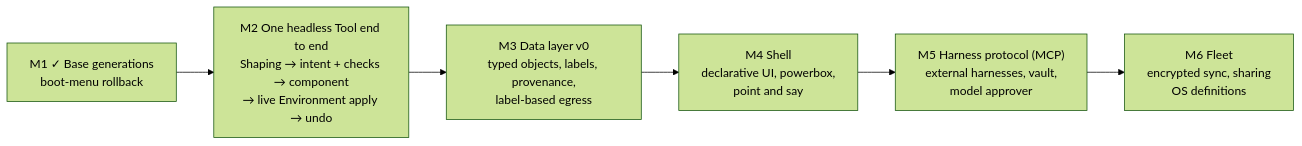
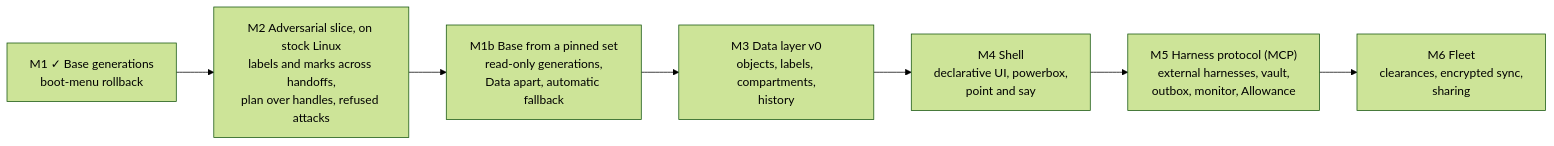
One commit to crowbaros/crowbaros changed the fifth of 5 diagrams in docs/agent-first/VISION.md. Above: the diagram before and after it, drawn with Mermaid (forest theme). The commit also changed other lines of this file and 25 other files, not shown here.

````diff
--- a/docs/agent-first/VISION.md
+++ b/docs/agent-first/VISION.md
@@ -388,10 +650,11 @@
 ```mermaid
 flowchart LR
     M1["M1 ✓ Base generations<br/>boot-menu rollback"]
-    M2["M2 One headless Tool end to end<br/>Shaping → intent + checks → component<br/>→ live Environment apply → undo"]
-    M3["M3 Data layer v0<br/>typed objects, labels, provenance,<br/>label-based egress"]
+    M2["M2 Adversarial slice, on stock Linux<br/>labels and marks across handoffs,<br/>plan over handles, refused attacks"]
+    M1b["M1b Base from a pinned set<br/>read-only generations,<br/>Data apart, automatic fallback"]
+    M3["M3 Data layer v0<br/>objects, labels, compartments,<br/>history"]
     M4["M4 Shell<br/>declarative UI, powerbox,<br/>point and say"]
-    M5["M5 Harness protocol (MCP)<br/>external harnesses, vault,<br/>model approver"]
-    M6["M6 Fleet<br/>encrypted sync, sharing<br/>OS definitions"]
-    M1 --> M2 --> M3 --> M4 --> M5 --> M6
+    M5["M5 Harness protocol (MCP)<br/>external harnesses, vault,<br/>outbox, monitor, Allowance"]
+    M6["M6 Fleet<br/>clearances, encrypted sync,<br/>sharing"]
+    M1 --> M2 --> M1b --> M3 --> M4 --> M5 --> M6
 ```
````
